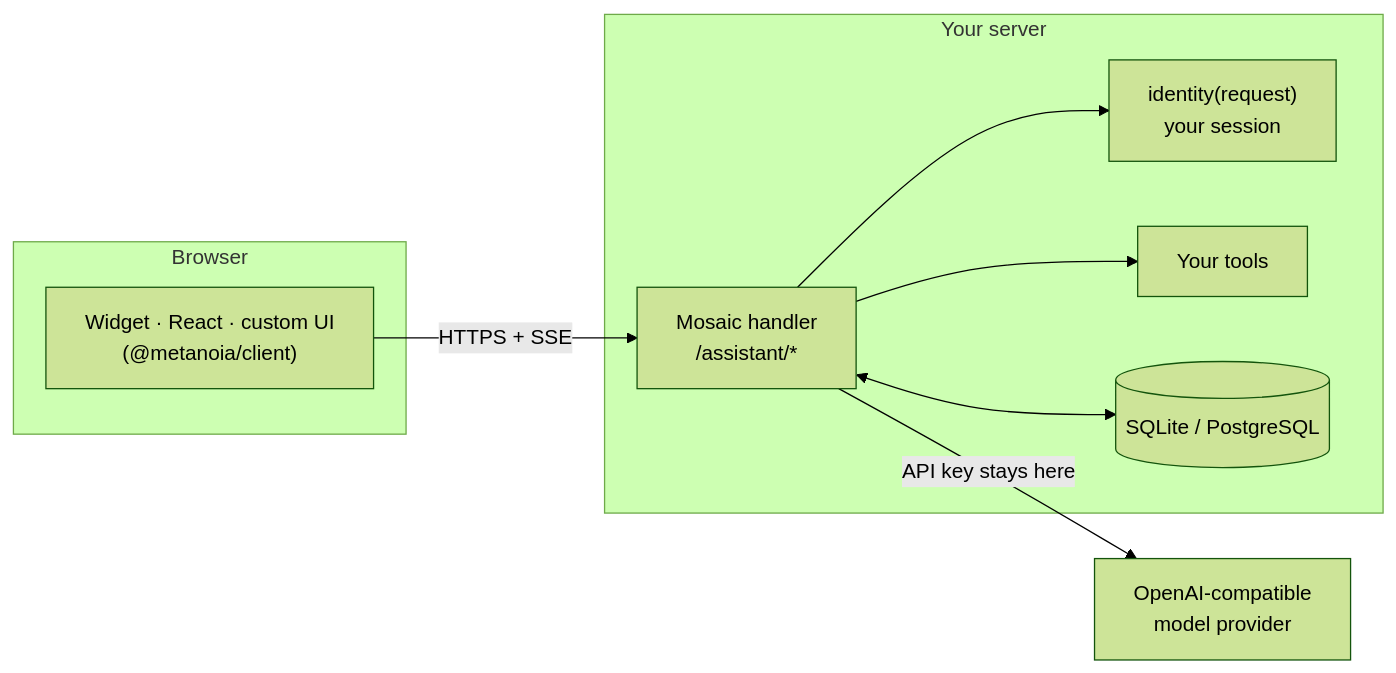
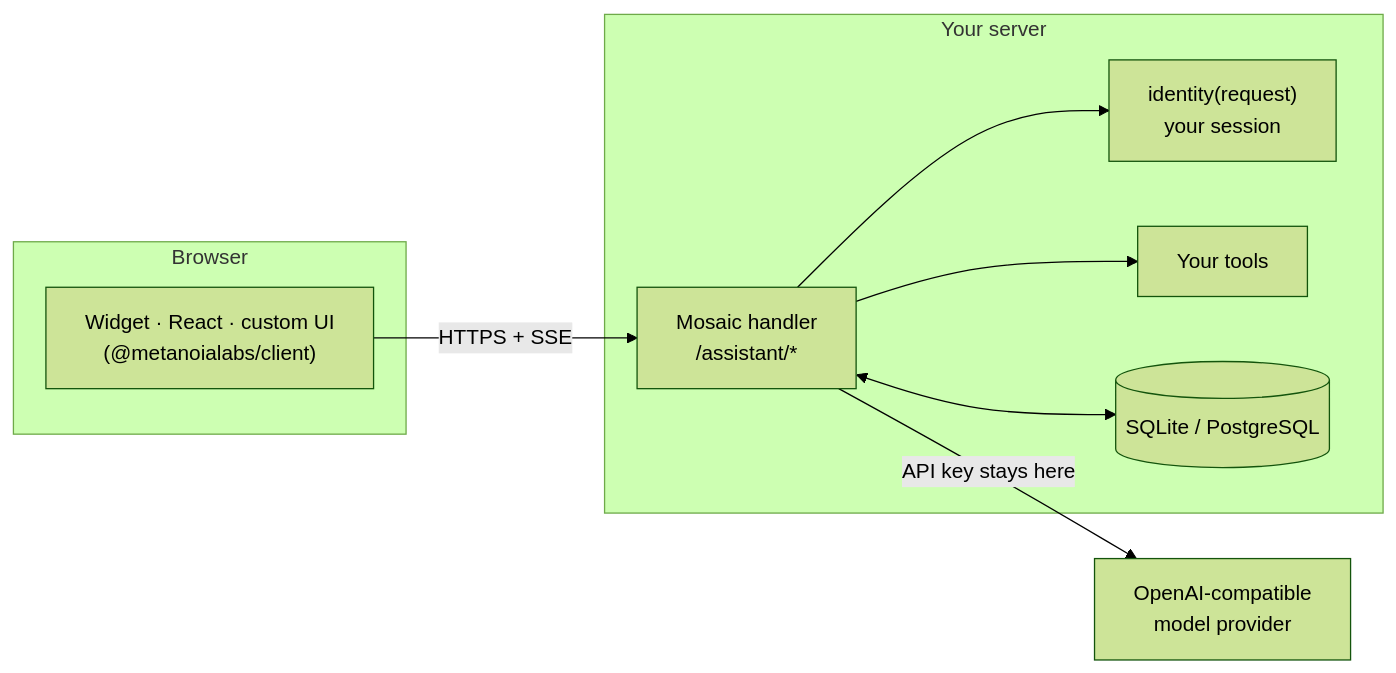
Before and after one commit to Xephyr-Labs/metanoia-mosaic: the diagram in README.md, drawn with Mermaid (forest theme). The commit also changed other lines of this file and 26 other files, not shown here.

````diff
--- a/README.md
+++ b/README.md
@@ -219,18 +219,18 @@
 ```mermaid
 flowchart LR
   subgraph browser["Browser"]
-    W["Widget · React · custom UI<br/>(@metanoia/client)"]
+    W["Widget · React · custom UI<br/>(@metanoialabs/client)"]
   end
   subgraph server["Your server"]
     H["Mosaic handler<br/>/assistant/*"]
     I["identity(request)<br/>your session"]
     T["Your tools"]
     D[("SQLite / PostgreSQL")]
   end
   P["OpenAI-compatible<br/>model provider"]
   W -- "HTTPS + SSE" --> H
   H --> I
   H --> T
   H <--> D
   H -- "API key stays here" --> P
 ```
````
